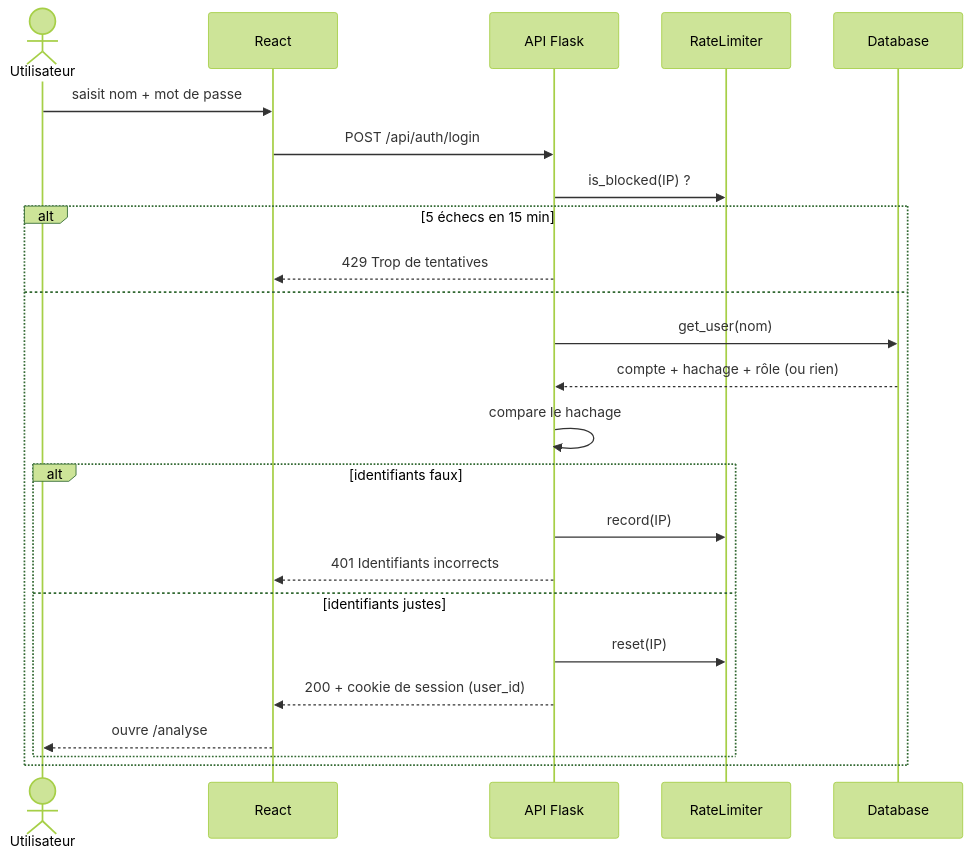
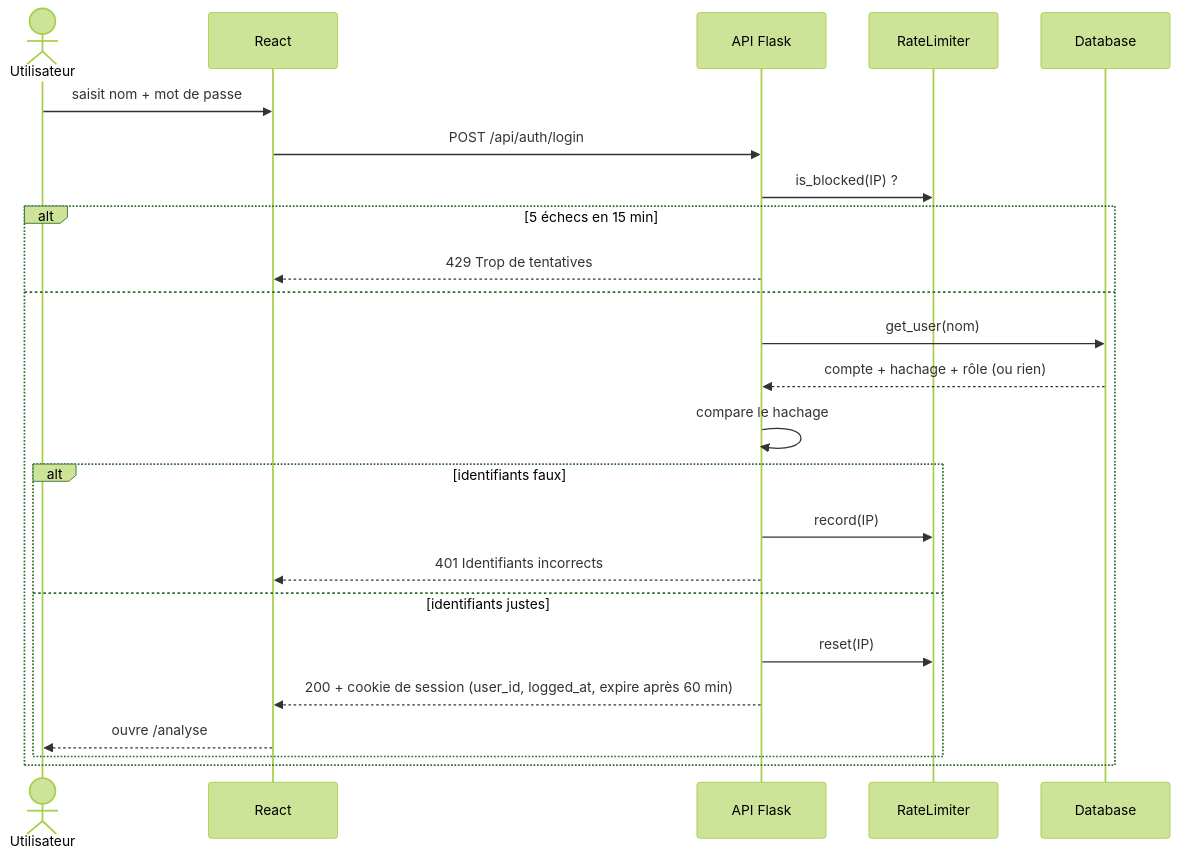
The fourth of 6 diagrams in docs/diagrammes.md (anil-akr/sentinelssh), drawn with Mermaid (forest theme) before and after one commit. The commit also changed other lines of this file and 12 other files, not shown here.

````diff
--- a/docs/diagrammes.md
+++ b/docs/diagrammes.md
@@ -163,27 +163,27 @@
 ```mermaid
 sequenceDiagram
     actor U as Utilisateur
     participant R as React
     participant A as API Flask
     participant L as RateLimiter
     participant D as Database
 
     U->>R: saisit nom + mot de passe
     R->>A: POST /api/auth/login
     A->>L: is_blocked(IP) ?
     alt 5 échecs en 15 min
         A-->>R: 429 Trop de tentatives
     else
         A->>D: get_user(nom)
         D-->>A: compte + hachage + rôle (ou rien)
         A->>A: compare le hachage
         alt identifiants faux
             A->>L: record(IP)
             A-->>R: 401 Identifiants incorrects
         else identifiants justes
             A->>L: reset(IP)
-            A-->>R: 200 + cookie de session (user_id)
+            A-->>R: 200 + cookie de session (user_id, logged_at, expire après 60 min)
             R-->>U: ouvre /analyse
         end
     end
 ```
````
